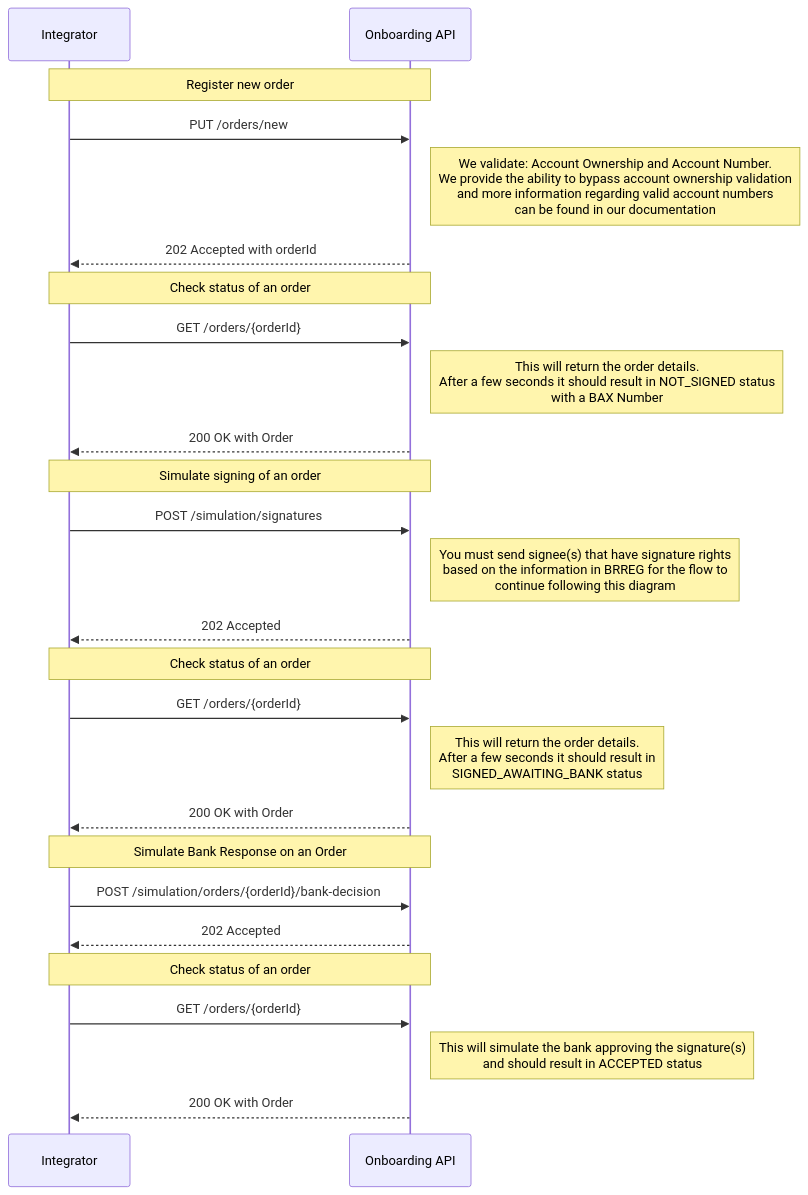
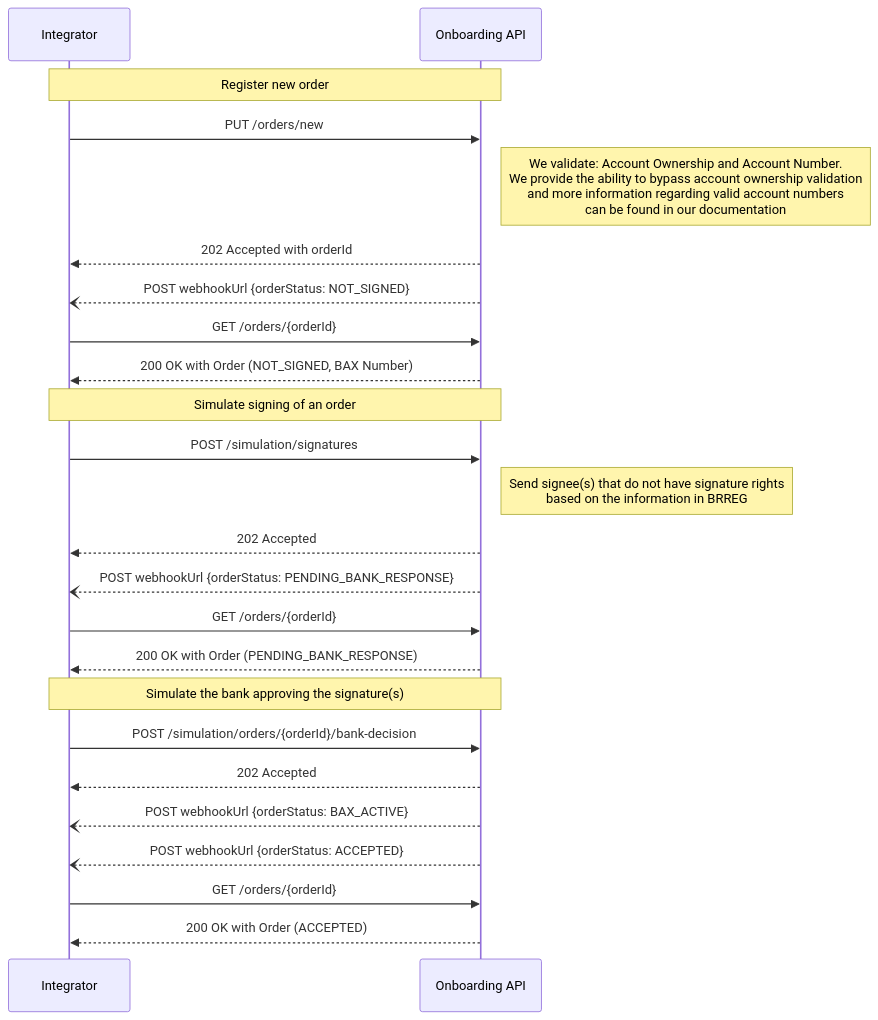
One commit to BankAxept/bankaxept-onboarding-external-documentation changed the second of 3 diagrams in docs/test_flows.md. Above: the diagram before and after it, drawn with Mermaid. The commit also changed other lines of this file and 3 other files, not shown here.

Commit message:
update flow charts with webhooks and clarify webhoos QOS

````diff
--- a/docs/test_flows.md
+++ b/docs/test_flows.md
@@ -33,34 +35,32 @@
 ```mermaid
 sequenceDiagram
 participant I as Integrator
 participant O as Onboarding API
 
 note over I, O: Register new order
 I ->> O: PUT /orders/new
 note right of O: We validate: Account Ownership and Account Number. <br/> We provide the ability to bypass account ownership validation <br/> and more information regarding valid account numbers <br/> can be found in our documentation
 O -->> I: 202 Accepted with orderId
 
-note over I, O: Check status of an order
+O --) I: POST webhookUrl {orderStatus: NOT_SIGNED}
 I ->> O : GET /orders/{orderId}
-note right of O: This will return the order details. <br/> After a few seconds it should result in NOT_SIGNED status <br/> with a BAX Number
-O -->> I: 200 OK with Order
+O -->> I: 200 OK with Order (NOT_SIGNED, BAX Number)
 
 note over I, O: Simulate signing of an order
 I ->> O: POST /simulation/signatures
-note right of O: You must send signee(s) that have signature rights <br/> based on the information in BRREG for the flow to <br/> continue following this diagram
+note right of O: Send signee(s) that do not have signature rights <br/> based on the information in BRREG
 O -->> I: 202 Accepted
 
-note over I, O: Check status of an order
+O --) I: POST webhookUrl {orderStatus: PENDING_BANK_RESPONSE}
 I ->> O : GET /orders/{orderId}
-note right of O: This will return the order details. <br/> After a few seconds it should result in <br/> SIGNED_AWAITING_BANK status
-O -->> I: 200 OK with Order
+O -->> I: 200 OK with Order (PENDING_BANK_RESPONSE)
 
-note over I, O: Simulate Bank Response on an Order
+note over I, O: Simulate the bank approving the signature(s)
 I ->> O: POST /simulation/orders/{orderId}/bank-decision
 O -->> I: 202 Accepted
 
-note over I, O: Check status of an order
+O --) I: POST webhookUrl {orderStatus: BAX_ACTIVE}
+O --) I: POST webhookUrl {orderStatus: ACCEPTED}
 I ->> O : GET /orders/{orderId}
-note right of O: This will simulate the bank approving the signature(s) <br/> and should result in ACCEPTED status
-O -->> I: 200 OK with Order
+O -->> I: 200 OK with Order (ACCEPTED)
 ```
````
